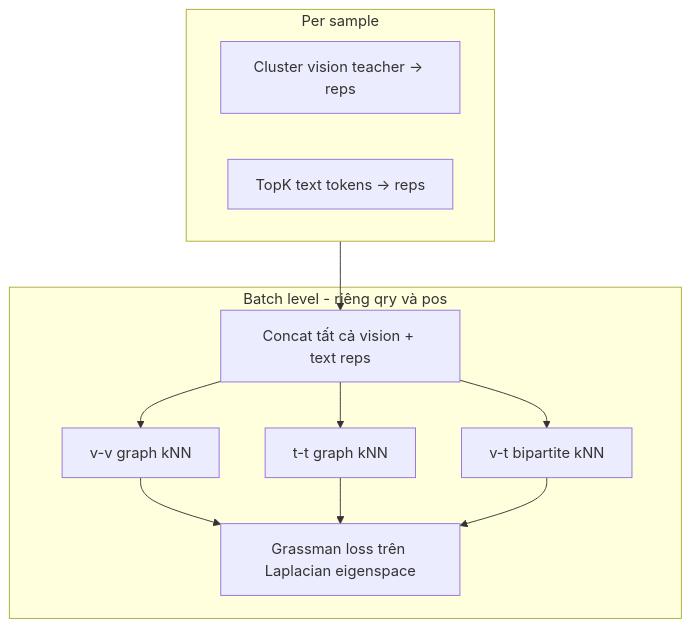
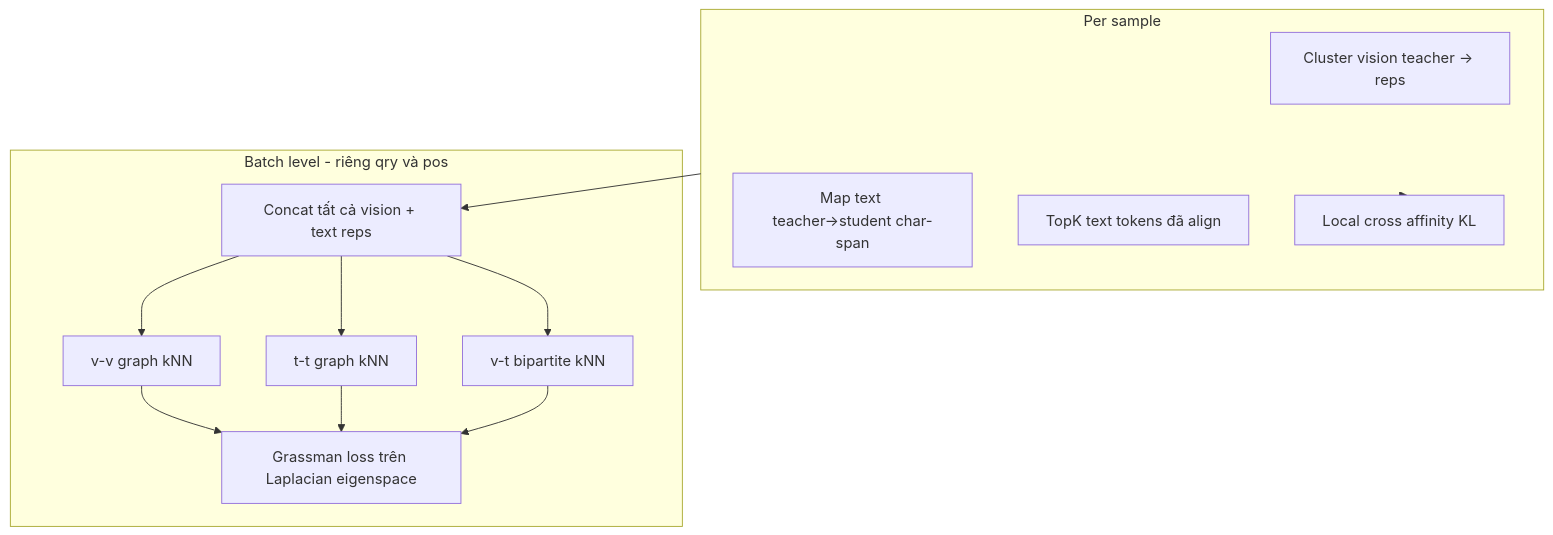
The diagram in docs/sgd_loss.md (vohuutridung/VLM_Embed), drawn with Mermaid before and after one commit. The commit also changed other lines of this file and 7 other files, not shown here.

Commit message:
Add local cross-modal affinity loss and update documentation: Introduce `local_cross_loss` to SGDLoss for improved vision-text alignment. Update training scripts and documentation to reflect new hyperparameters and loss components, enhancing configurability and clarity in loss computation.

````diff
--- a/docs/sgd_loss.md
+++ b/docs/sgd_loss.md
@@ -63,18 +65,21 @@
 ```mermaid
 flowchart TB
     subgraph per_sample [Per sample]
         V[Cluster vision teacher → reps]
-        T[TopK text tokens → reps]
+        TM[Map text teacher→student char-span]
+        T[TopK text tokens đã align]
+        LC[Local cross affinity KL]
     end
     subgraph batch [Batch level - riêng qry và pos]
         CAT[Concat tất cả vision + text reps]
         VV[v-v graph kNN]
         TT[t-t graph kNN]
         VT[v-t bipartite kNN]
         G[Grassman loss trên Laplacian eigenspace]
     end
     per_sample --> CAT
+    per_sample --> LC
     CAT --> VV --> G
     CAT --> TT --> G
     CAT --> VT --> G
 ```
````
